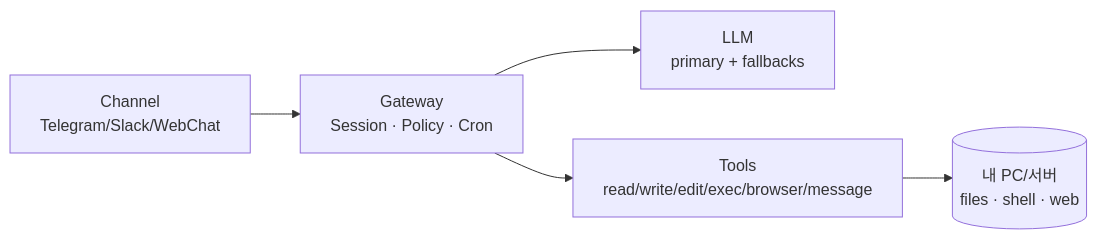
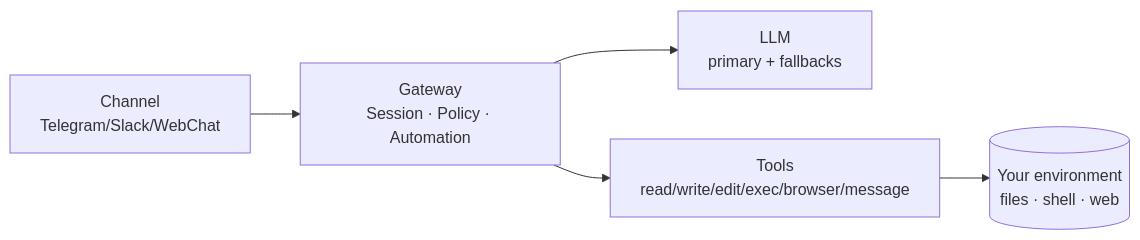
The diagram in posts/openclaw-architecture-runtime.md (devori/blog), drawn with Mermaid before and after one commit. The commit also changed other lines of this file and 1 other file, not shown here.

Commit message:
Add EN+KO versions for architecture post

````diff
--- a/posts/openclaw-architecture-runtime.md
+++ b/posts/openclaw-architecture-runtime.md
@@ -43,7 +45,7 @@
 ```mermaid
 flowchart LR
-  CH[Channel\nTelegram/Slack/WebChat] --> GW[Gateway\nSession · Policy · Cron]
+  CH[Channel\nTelegram/Slack/WebChat] --> GW[Gateway\nSession · Policy · Automation]
   GW --> LLM[LLM\nprimary + fallbacks]
   GW --> TOOLS[Tools\nread/write/edit/exec/browser/message]
-  TOOLS --> ENV[(내 PC/서버\nfiles · shell · web)]
+  TOOLS --> ENV[(Your environment\nfiles · shell · web)]
 ```
````
